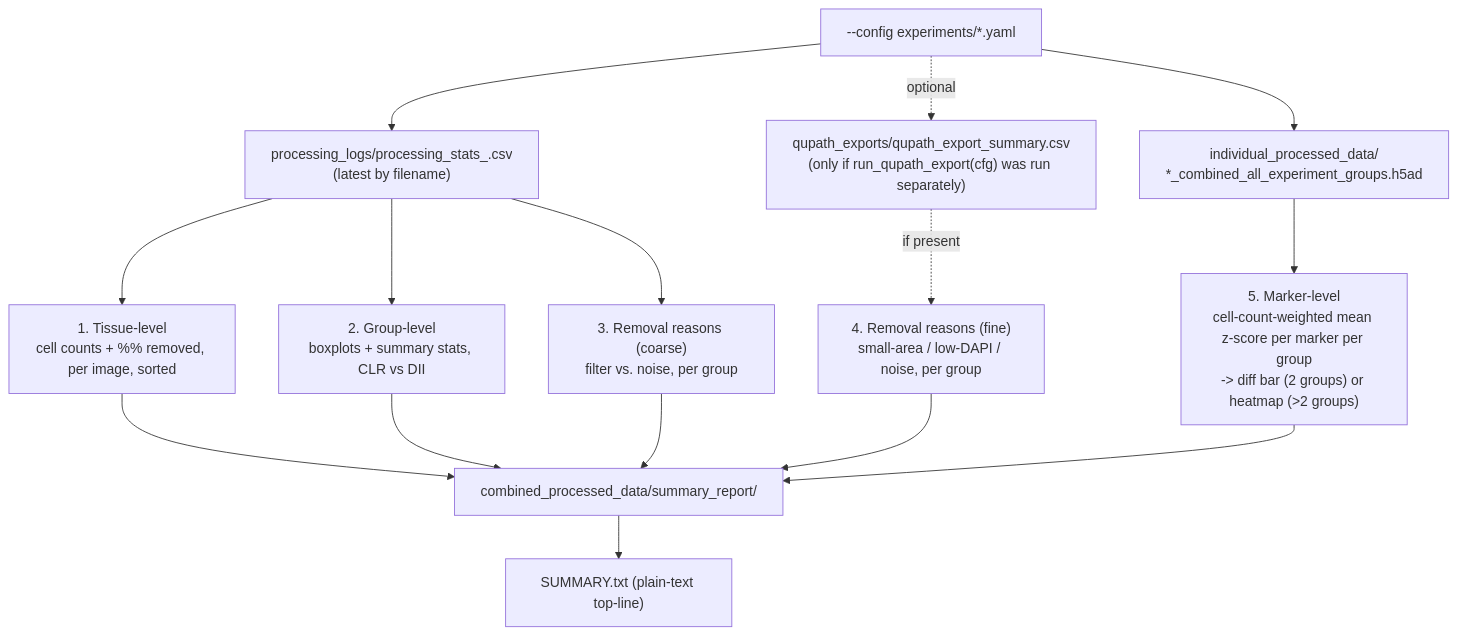
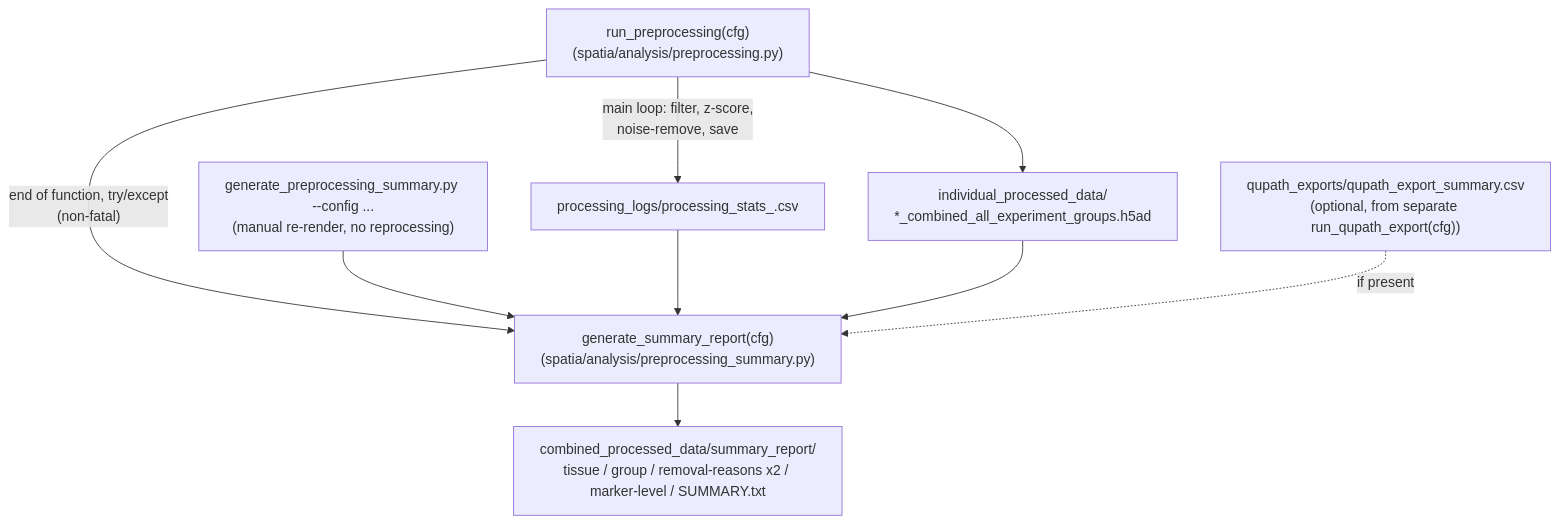
One commit to Afroozjahedi/spatia-pipeline-for-cirro changed the diagram in docs/generate_preprocessing_summary.md. Above: the diagram before and after it, drawn with Mermaid. The commit also changed other lines of this file and 4 other files, not shown here.

First line of the commit message:
Fold summary report generation into run_preprocessing() (not a separate step)

````diff
--- a/docs/generate_preprocessing_summary.md
+++ b/docs/generate_preprocessing_summary.md
@@ -29,17 +15,11 @@
 ```mermaid
 flowchart TD
-    CFG["--config experiments/*.yaml"] --> STATS["processing_logs/processing_stats_<ts>.csv\n(latest by filename)"]
-    CFG --> H5AD["individual_processed_data/\n*_combined_all_experiment_groups.h5ad"]
-    CFG -.optional.-> QEXP["qupath_exports/qupath_export_summary.csv\n(only if run_qupath_export(cfg) was run separately)"]
-    STATS --> T["1. Tissue-level\ncell counts + %% removed, per image, sorted"]
-    STATS --> G["2. Group-level\nboxplots + summary stats, CLR vs DII"]
-    STATS --> R["3. Removal reasons (coarse)\nfilter vs. noise, per group"]
-    QEXP -.if present.-> RF["4. Removal reasons (fine)\nsmall-area / low-DAPI / noise, per group"]
-    H5AD --> M["5. Marker-level\ncell-count-weighted mean z-score per marker per group\n-> diff bar (2 groups) or heatmap (>2 groups)"]
-    T --> OUT["combined_processed_data/summary_report/"]
-    G --> OUT
-    R --> OUT
-    RF --> OUT
-    M --> OUT
-    OUT --> TXT["SUMMARY.txt (plain-text top-line)"]
+    RP["run_preprocessing(cfg)\n(spatia/analysis/preprocessing.py)"] -->|"main loop: filter, z-score,\nnoise-remove, save"| STATS["processing_logs/processing_stats_<ts>.csv"]
+    RP --> H5AD["individual_processed_data/\n*_combined_all_experiment_groups.h5ad"]
+    RP -->|"end of function, try/except\n(non-fatal)"| GSR["generate_summary_report(cfg)\n(spatia/analysis/preprocessing_summary.py)"]
+    CLI["generate_preprocessing_summary.py --config ...\n(manual re-render, no reprocessing)"] --> GSR
+    STATS --> GSR
+    H5AD --> GSR
+    QEXP["qupath_exports/qupath_export_summary.csv\n(optional, from separate run_qupath_export(cfg))"] -.if present.-> GSR
+    GSR --> OUT["combined_processed_data/summary_report/\ntissue / group / removal-reasons x2 / marker-level / SUMMARY.txt"]
 ```
````
